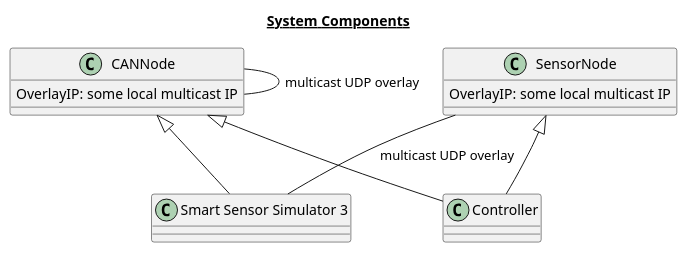
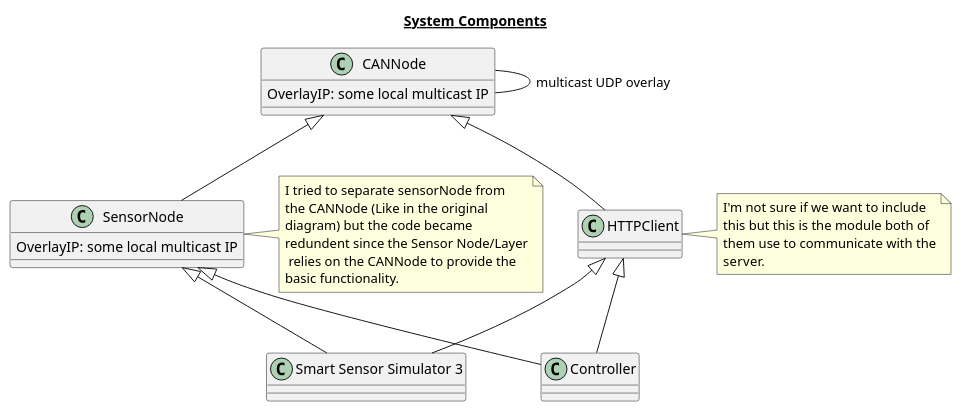
The first of 7 diagrams in Doc/Documentation.md (SystemsCyber/Software-Defined-Truck), drawn with PlantUML before and after one commit. The commit also changed other lines of this file and 5 other files, not shown here.

````diff
--- a/Doc/Documentation.md
+++ b/Doc/Documentation.md
@@ -15,18 +15,23 @@
 ```plantuml
 @startuml
 title <u> System Components</u>
 class "Smart Sensor Simulator 3" as SSSF
 class Controller
+class HTTPClient
+note right of HTTPClient: I'm not sure if we want to include\nthis but this is the module both of\nthem use to communicate with the\nserver.
 class CANNode{
     OverlayIP: some local multicast IP
 }
 class SensorNode{
     OverlayIP: some local multicast IP
 }
-CANNode <|-d- Controller
+note right of SensorNode: I tried to separate sensorNode from\nthe CANNode (Like in the original\ndiagram) but the code became\nredundent since the Sensor Node/Layer\n relies on the CANNode to provide the\nbasic functionality.
+CANNode <|-d- SensorNode
+CANNode <|-d- HTTPClient
+HTTPClient <|-d- Controller
+HTTPClient <|-d- SSSF
 SensorNode <|-d- Controller
-CANNode <|-d- SSSF
-SensorNode -- SSSF: multicast UDP overlay
+SensorNode <|-d- SSSF
 CANNode -- CANNode: multicast UDP overlay
 @enduml
 ```
````
